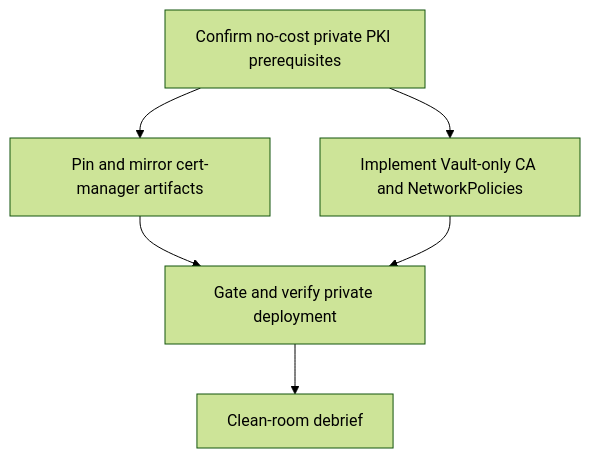
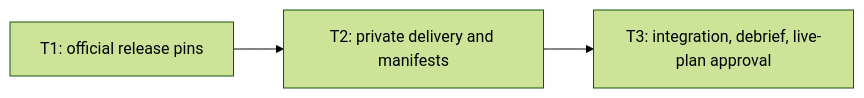
Before and after one commit to s1ns3nz0/node-operator: the diagram in plans/2026-09-04-vault-zero-cost-tls-foundation/graph.mmd, drawn with Mermaid (forest theme). The commit also changed 17 other files, not shown here.

Commit message:
feat(vault): add private internal TLS foundation

```diff
--- a/plans/2026-09-04-vault-zero-cost-tls-foundation/graph.mmd
+++ b/plans/2026-09-04-vault-zero-cost-tls-foundation/graph.mmd
@@ -1,6 +1,3 @@
-graph TD
-  T1[Confirm no-cost private PKI prerequisites] --> T2[Pin and mirror cert-manager artifacts]
-  T1 --> T3[Implement Vault-only CA and NetworkPolicies]
-  T2 --> T4[Gate and verify private deployment]
-  T3 --> T4
-  T4 --> T5[Clean-room debrief]
+flowchart LR
+  T1[T1: official release pins] --> T2[T2: private delivery and manifests]
+  T2 --> T3[T3: integration, debrief, live-plan approval]
```
